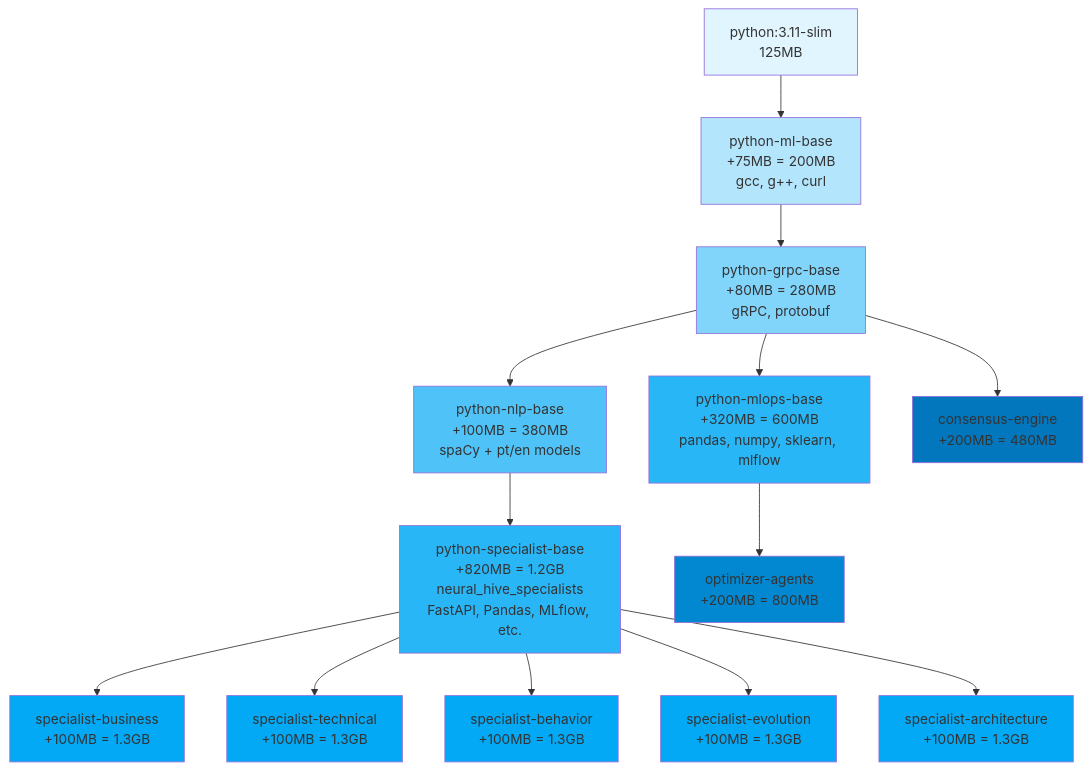
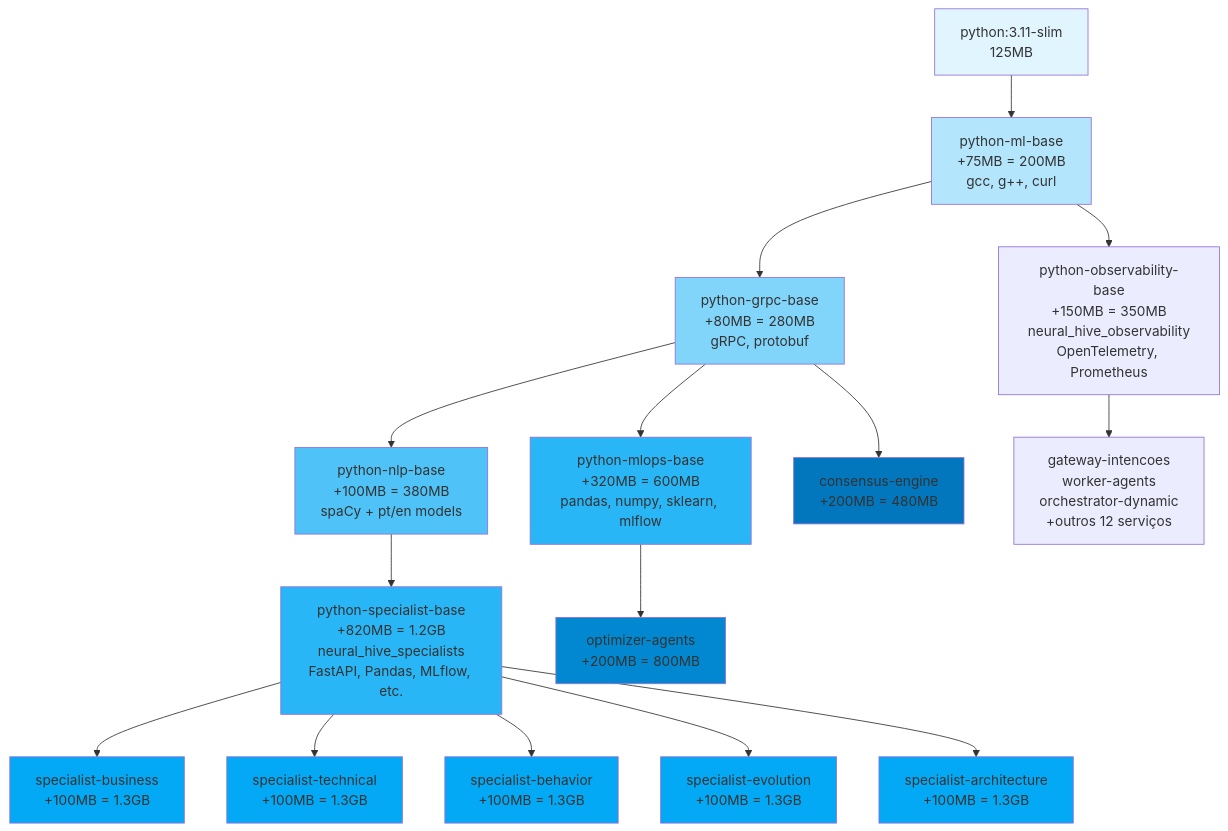
The diagram in base-images/README.md (albinoJimy/Neural-Hive-Mind), drawn with Mermaid before and after one commit. The commit also changed other lines of this file and 188 other files, not shown here.

````diff
--- a/base-images/README.md
+++ b/base-images/README.md
@@ -45,29 +45,32 @@
 ```mermaid
 graph TD
     A[python:3.11-slim<br/>125MB] --> B[python-ml-base<br/>+75MB = 200MB<br/>gcc, g++, curl]
     B --> C[python-grpc-base<br/>+80MB = 280MB<br/>gRPC, protobuf]
     C --> D[python-nlp-base<br/>+100MB = 380MB<br/>spaCy + pt/en models]
     C --> M[python-mlops-base<br/>+320MB = 600MB<br/>pandas, numpy, sklearn, mlflow]
     D --> E[python-specialist-base<br/>+820MB = 1.2GB<br/>neural_hive_specialists<br/>FastAPI, Pandas, MLflow, etc.]
     E --> F1[specialist-business<br/>+100MB = 1.3GB]
     E --> F2[specialist-technical<br/>+100MB = 1.3GB]
     E --> F3[specialist-behavior<br/>+100MB = 1.3GB]
     E --> F4[specialist-evolution<br/>+100MB = 1.3GB]
     E --> F5[specialist-architecture<br/>+100MB = 1.3GB]
     M --> O[optimizer-agents<br/>+200MB = 800MB]
     C --> CO[consensus-engine<br/>+200MB = 480MB]
     
     style A fill:#e1f5ff
     style B fill:#b3e5fc
     style C fill:#81d4fa
     style D fill:#4fc3f7
     style M fill:#29b6f6
     style E fill:#29b6f6
     style F1 fill:#03a9f4
     style F2 fill:#03a9f4
     style F3 fill:#03a9f4
     style F4 fill:#03a9f4
     style F5 fill:#03a9f4
     style O fill:#0288d1
     style CO fill:#0277bd
+
+    B --> OBS[python-observability-base<br/>+150MB = 350MB<br/>neural_hive_observability<br/>OpenTelemetry, Prometheus]
+    OBS --> SVC1[gateway-intencoes<br/>worker-agents<br/>orchestrator-dynamic<br/>+outros 12 serviços]
 ```
````
